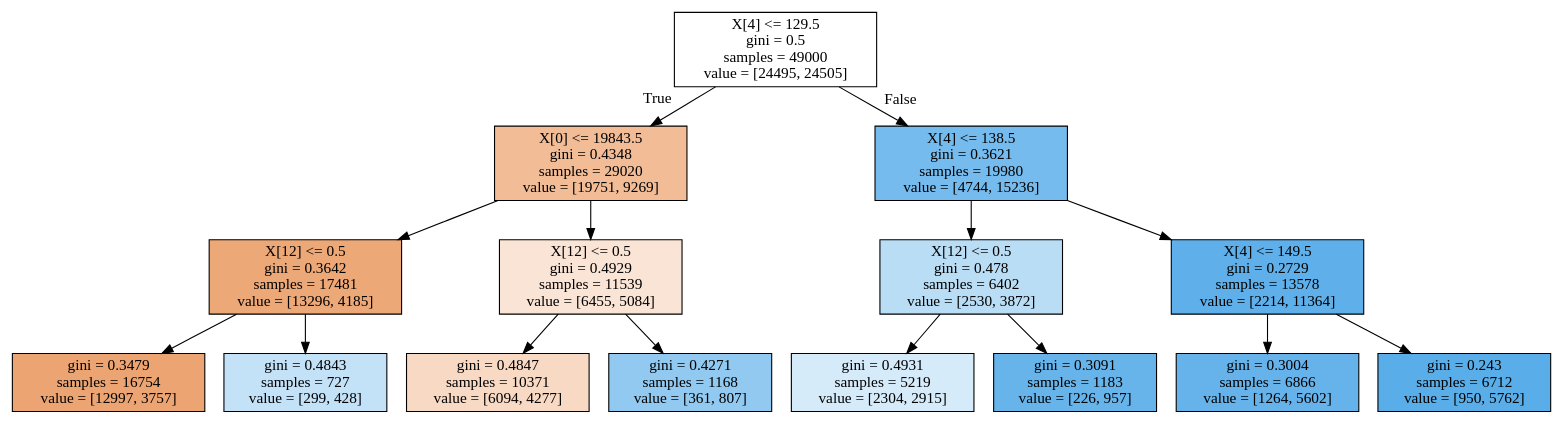
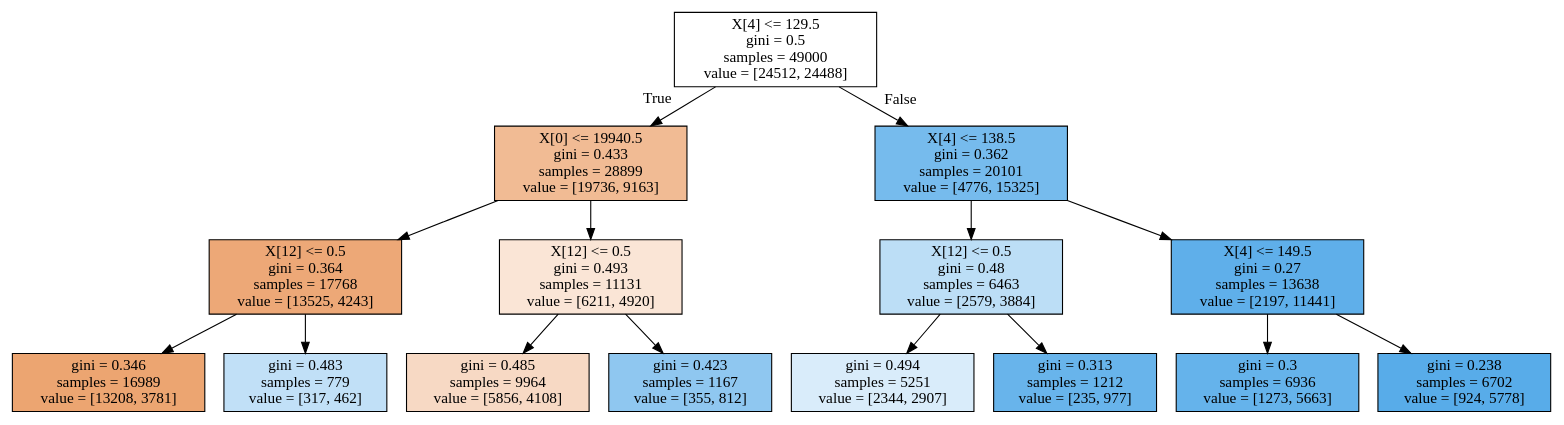
Before and after one commit to genmih/mlcourse_open: the diagram in img/small_tree.dot, drawn with Graphviz. The commit also changed 4 other files, not shown here.

```diff
--- a/img/small_tree.dot
+++ b/img/small_tree.dot
@@ -1,32 +1,32 @@
 digraph Tree {
 node [shape=box, style="filled", color="black"] ;
-0 [label="X[4] <= 129.5\ngini = 0.5\nsamples = 49000\nvalue = [24495, 24505]", fillcolor="#399de500"] ;
-1 [label="X[0] <= 19843.5\ngini = 0.4348\nsamples = 29020\nvalue = [19751, 9269]", fillcolor="#e5813987"] ;
+0 [label="X[4] <= 129.5\ngini = 0.5\nsamples = 49000\nvalue = [24512, 24488]", fillcolor="#e5813900"] ;
+1 [label="X[0] <= 19940.5\ngini = 0.433\nsamples = 28899\nvalue = [19736, 9163]", fillcolor="#e5813989"] ;
 0 -> 1 [labeldistance=2.5, labelangle=45, headlabel="True"] ;
-2 [label="X[12] <= 0.5\ngini = 0.3642\nsamples = 17481\nvalue = [13296, 4185]", fillcolor="#e58139af"] ;
+2 [label="X[12] <= 0.5\ngini = 0.364\nsamples = 17768\nvalue = [13525, 4243]", fillcolor="#e58139af"] ;
 1 -> 2 ;
-3 [label="gini = 0.3479\nsamples = 16754\nvalue = [12997, 3757]", fillcolor="#e58139b5"] ;
+3 [label="gini = 0.346\nsamples = 16989\nvalue = [13208, 3781]", fillcolor="#e58139b6"] ;
 2 -> 3 ;
-4 [label="gini = 0.4843\nsamples = 727\nvalue = [299, 428]", fillcolor="#399de54d"] ;
+4 [label="gini = 0.483\nsamples = 779\nvalue = [317, 462]", fillcolor="#399de550"] ;
 2 -> 4 ;
-5 [label="X[12] <= 0.5\ngini = 0.4929\nsamples = 11539\nvalue = [6455, 5084]", fillcolor="#e5813936"] ;
+5 [label="X[12] <= 0.5\ngini = 0.493\nsamples = 11131\nvalue = [6211, 4920]", fillcolor="#e5813935"] ;
 1 -> 5 ;
-6 [label="gini = 0.4847\nsamples = 10371\nvalue = [6094, 4277]", fillcolor="#e581394c"] ;
+6 [label="gini = 0.485\nsamples = 9964\nvalue = [5856, 4108]", fillcolor="#e581394c"] ;
 5 -> 6 ;
-7 [label="gini = 0.4271\nsamples = 1168\nvalue = [361, 807]", fillcolor="#399de58d"] ;
+7 [label="gini = 0.423\nsamples = 1167\nvalue = [355, 812]", fillcolor="#399de590"] ;
 5 -> 7 ;
-8 [label="X[4] <= 138.5\ngini = 0.3621\nsamples = 19980\nvalue = [4744, 15236]", fillcolor="#399de5b0"] ;
+8 [label="X[4] <= 138.5\ngini = 0.362\nsamples = 20101\nvalue = [4776, 15325]", fillcolor="#399de5b0"] ;
 0 -> 8 [labeldistance=2.5, labelangle=-45, headlabel="False"] ;
-9 [label="X[12] <= 0.5\ngini = 0.478\nsamples = 6402\nvalue = [2530, 3872]", fillcolor="#399de558"] ;
+9 [label="X[12] <= 0.5\ngini = 0.48\nsamples = 6463\nvalue = [2579, 3884]", fillcolor="#399de556"] ;
 8 -> 9 ;
-10 [label="gini = 0.4931\nsamples = 5219\nvalue = [2304, 2915]", fillcolor="#399de535"] ;
+10 [label="gini = 0.494\nsamples = 5251\nvalue = [2344, 2907]", fillcolor="#399de531"] ;
 9 -> 10 ;
-11 [label="gini = 0.3091\nsamples = 1183\nvalue = [226, 957]", fillcolor="#399de5c3"] ;
+11 [label="gini = 0.313\nsamples = 1212\nvalue = [235, 977]", fillcolor="#399de5c2"] ;
 9 -> 11 ;
-12 [label="X[4] <= 149.5\ngini = 0.2729\nsamples = 13578\nvalue = [2214, 11364]", fillcolor="#399de5cd"] ;
+12 [label="X[4] <= 149.5\ngini = 0.27\nsamples = 13638\nvalue = [2197, 11441]", fillcolor="#399de5ce"] ;
 8 -> 12 ;
-13 [label="gini = 0.3004\nsamples = 6866\nvalue = [1264, 5602]", fillcolor="#399de5c5"] ;
+13 [label="gini = 0.3\nsamples = 6936\nvalue = [1273, 5663]", fillcolor="#399de5c6"] ;
 12 -> 13 ;
-14 [label="gini = 0.243\nsamples = 6712\nvalue = [950, 5762]", fillcolor="#399de5d5"] ;
+14 [label="gini = 0.238\nsamples = 6702\nvalue = [924, 5778]", fillcolor="#399de5d6"] ;
 12 -> 14 ;
 }
```
